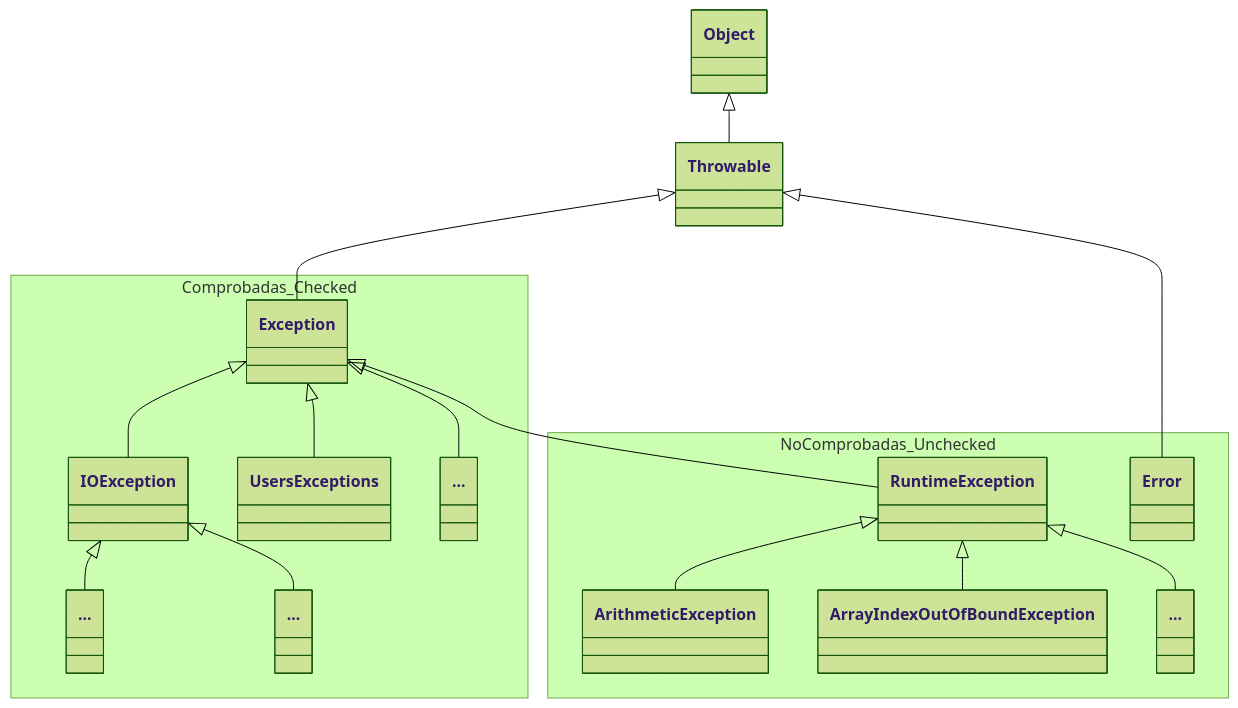
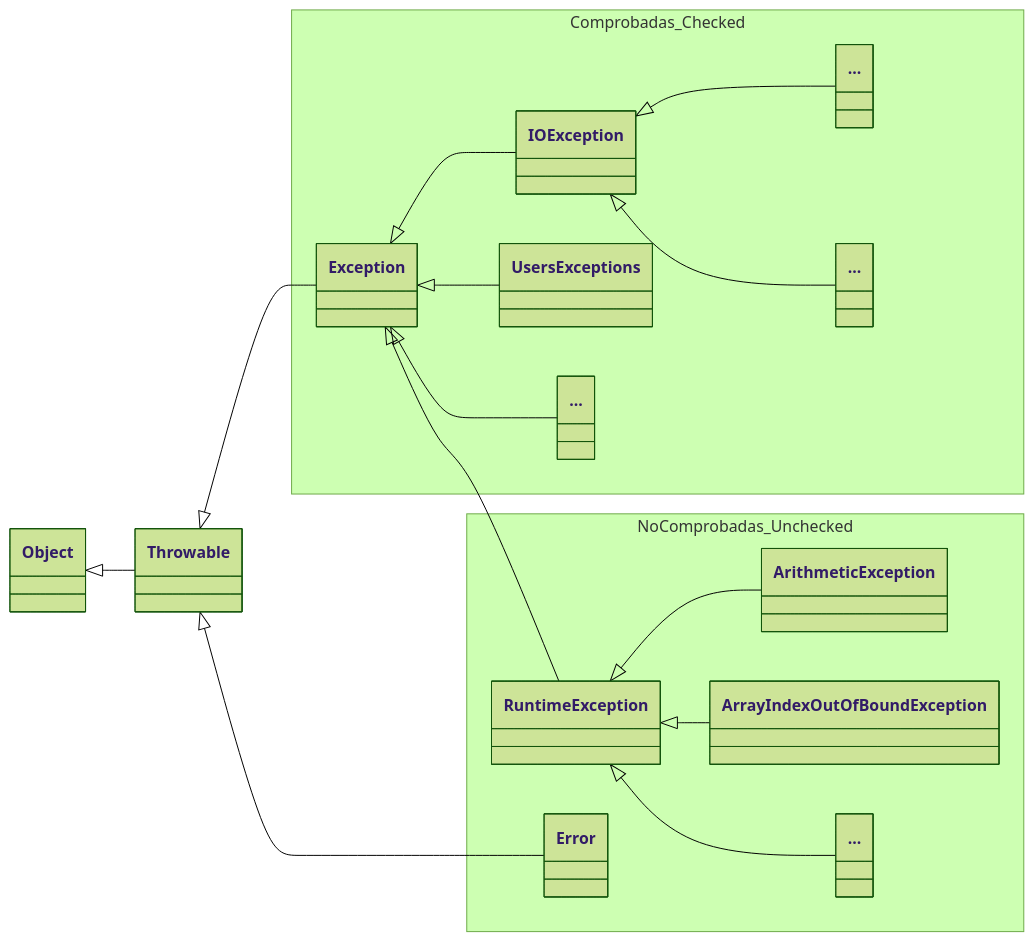
Before and after one commit to martinezpenya/1DAMProgramacion: the fifth of 6 diagrams in docs/UD03/UD03_ES.md, drawn with Mermaid (forest theme). The commit also changed other lines of this file, not shown here.

First line of the commit message:
fix: diagramas de excepciones de UD03 en horizontal para no truncar el PDF

````diff
--- a/docs/UD03/UD03_ES.md
+++ b/docs/UD03/UD03_ES.md
@@ -597,33 +597,34 @@
 ```mermaid
 classDiagram
+    direction LR
     class Object
     class Throwable
     Object <|-- Throwable
     namespace Comprobadas_Checked {
    	class Exception
         class IOException
         class UsersExceptions
         class Other1["..."]
         class Other2["..."]
         class Other3["..."]
     }
 	namespace No Comprobadas_Unchecked {
 	    class RuntimeException
    	class Error
         class ArithmeticException
         class ArrayIndexOutOfBoundException
         class Other4["..."]
     }
     Exception <|-- Other1
     Exception <|-- IOException
     IOException <|-- Other2
     IOException <|-- Other3
     Exception <|-- UsersExceptions
     Exception <|-- RuntimeException
     RuntimeException <|-- ArithmeticException
     RuntimeException <|-- ArrayIndexOutOfBoundException
     RuntimeException <|-- Other4
     Throwable <|-- Exception
     Throwable <|-- Error
 
 ```
````
